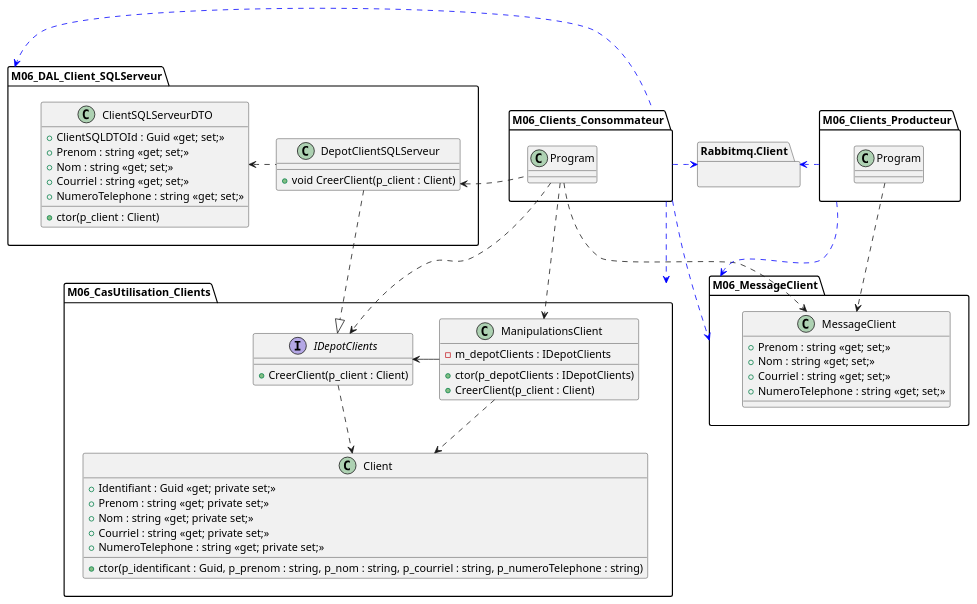
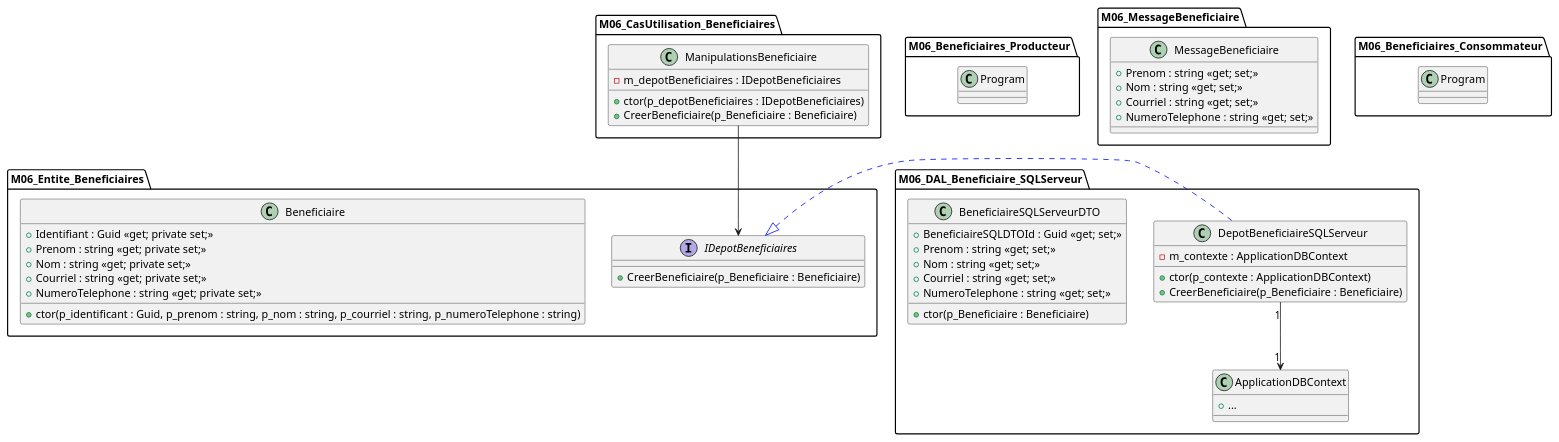
The diagram in Module06_FileMessages/diag/uml_exercice2.wsd (PiFou86/420-W47-SF), drawn with PlantUML before and after one commit. The commit also changed 7 other files, not shown here.

Commit message:
Changement contexte exercice 2 pour lever ambiguité sur le terme client

```diff
--- a/Module06_FileMessages/diag/uml_exercice2.wsd
+++ b/Module06_FileMessages/diag/uml_exercice2.wsd
@@ -1,83 +1,92 @@
-@startuml clients_classes
+@startuml Beneficiaires_classes
 set namespaceSeparator ::
 
-package M06_CasUtilisation_Clients {
-    class ManipulationsClient {
-        - m_depotClients : IDepotClients
-        + ctor(p_depotClients : IDepotClients)
-        + CreerClient(p_client : Client)
+package M06_Entite_Beneficiaires {
+    interface IDepotBeneficiaires {
+        + CreerBeneficiaire(p_Beneficiaire : Beneficiaire)
     }
 
-    interface IDepotClients {
-        + CreerClient(p_client : Client)
-    }
-
-    class Client {
+    class Beneficiaire {
         + Identifiant : Guid <<get; private set;>>
         + Prenom : string <<get; private set;>>
         + Nom : string <<get; private set;>>
         + Courriel : string <<get; private set;>>
         + NumeroTelephone : string <<get; private set;>>
         + ctor(p_identificant : Guid, p_prenom : string, p_nom : string, p_courriel : string, p_numeroTelephone : string)
     }
-
-    ManipulationsClient -> IDepotClients
-    ManipulationsClient ..> Client
-    IDepotClients ..> Client
 }
 
-package M06_DAL_Client_SQLServeur {
-    class DepotClientSQLServeur {
-        + void CreerClient(p_client : Client)
+package M06_CasUtilisation_Beneficiaires {
+    class ManipulationsBeneficiaire {
+        - m_depotBeneficiaires : IDepotBeneficiaires
+        + ctor(p_depotBeneficiaires : IDepotBeneficiaires)
+        + CreerBeneficiaire(p_Beneficiaire : Beneficiaire)
     }
 
-    class ClientSQLServeurDTO {
-        + ClientSQLDTOId : Guid <<get; set;>>
+    ManipulationsBeneficiaire -d-> M06_Entite_Beneficiaires::IDepotBeneficiaires
+    'ManipulationsBeneficiaire ..> M06_Entite_Beneficiaires::Beneficiaire
+    'M06_Entite_Beneficiaires::IDepotBeneficiaires ..> M06_Entite_Beneficiaires::Beneficiaire
+}
+
+package M06_DAL_Beneficiaire_SQLServeur {
+    class DepotBeneficiaireSQLServeur {
+        - m_contexte : ApplicationDBContext
+        + ctor(p_contexte : ApplicationDBContext)
+        + CreerBeneficiaire(p_Beneficiaire : Beneficiaire)
+    }
+
+    class BeneficiaireSQLServeurDTO {
+        + BeneficiaireSQLDTOId : Guid <<get; set;>>
         + Prenom : string <<get; set;>>
         + Nom : string <<get; set;>>
         + Courriel : string <<get; set;>>
         + NumeroTelephone : string <<get; set;>>
-        + ctor(p_client : Client)
+        + ctor(p_Beneficiaire : Beneficiaire)
     }
 
-    DepotClientSQLServeur ..|> M06_CasUtilisation_Clients::IDepotClients
-    DepotClientSQLServeur .l> ClientSQLServeurDTO
+    class ApplicationDBContext {
+        + ...
+    }
+
+    DepotBeneficiaireSQLServeur .[#blue]l.|> M06_Entite_Beneficiaires::IDepotBeneficiaires
+    'DepotBeneficiaireSQLServeur .l> BeneficiaireSQLServeurDTO
+    DepotBeneficiaireSQLServeur "1" --> "1" ApplicationDBContext
 }
 
 together {
-    package M06_MessageClient {
-        class MessageClient {
+    package M06_MessageBeneficiaire {
+        class MessageBeneficiaire {
             + Prenom : string <<get; set;>>
             + Nom : string <<get; set;>>
             + Courriel : string <<get; set;>>
             + NumeroTelephone : string <<get; set;>>
         }
     }
 
-    package M06_Clients_Producteur {
+    package M06_Beneficiaires_Producteur {
         class Program
 
-        Program ..> M06_MessageClient::MessageClient
+        'Program ..> M06_MessageBeneficiaire::EnveloppeBeneficiaire
     }
 
-    package Rabbitmq.Client {}
+   ' package Rabbitmq.Client {}
 }
 
-package M06_Clients_Consommateur {
+package M06_Beneficiaires_Consommateur {
     class Program
 
-    Program ..> M06_MessageClient::MessageClient
-    Program ..> M06_CasUtilisation_Clients::ManipulationsClient
-    Program ..> M06_CasUtilisation_Clients::IDepotClients
-    Program .l> M06_DAL_Client_SQLServeur::DepotClientSQLServeur
+    'Program ..> M06_MessageBeneficiaire::EnveloppeBeneficiaire
+    'Program ..> M06_CasUtilisation_Beneficiaires::ManipulationsBeneficiaire
+    'Program ..> M06_Entite_Beneficiaires::IDepotBeneficiaires
+    'Program .l> M06_DAL_Beneficiaire_SQLServeur::DepotBeneficiaireSQLServeur
 }
 
-M06_Clients_Producteur .[#blue]> Rabbitmq.Client
-M06_Clients_Producteur .[#blue].> M06_MessageClient
+'M06_Beneficiaires_Producteur .[#blue].> Rabbitmq.Client
+'M06_Beneficiaires_Producteur .[#blue].> M06_MessageBeneficiaire
 
-M06_Clients_Consommateur .[#blue]> Rabbitmq.Client
-M06_Clients_Consommateur .[#blue].> M06_CasUtilisation_Clients
-M06_Clients_Consommateur .[#blue].> M06_MessageClient
-M06_Clients_Consommateur .[#blue]l> M06_DAL_Client_SQLServeur
+'M06_Beneficiaires_Consommateur .[#blue]> Rabbitmq.Client
+'M06_Beneficiaires_Consommateur .[#blue].> M06_CasUtilisation_Beneficiaires
+'M06_Beneficiaires_Consommateur .[#blue].> M06_MessageBeneficiaire
+'M06_Beneficiaires_Consommateur .[#blue]l> M06_DAL_Beneficiaire_SQLServeur
 
 @enduml
```
